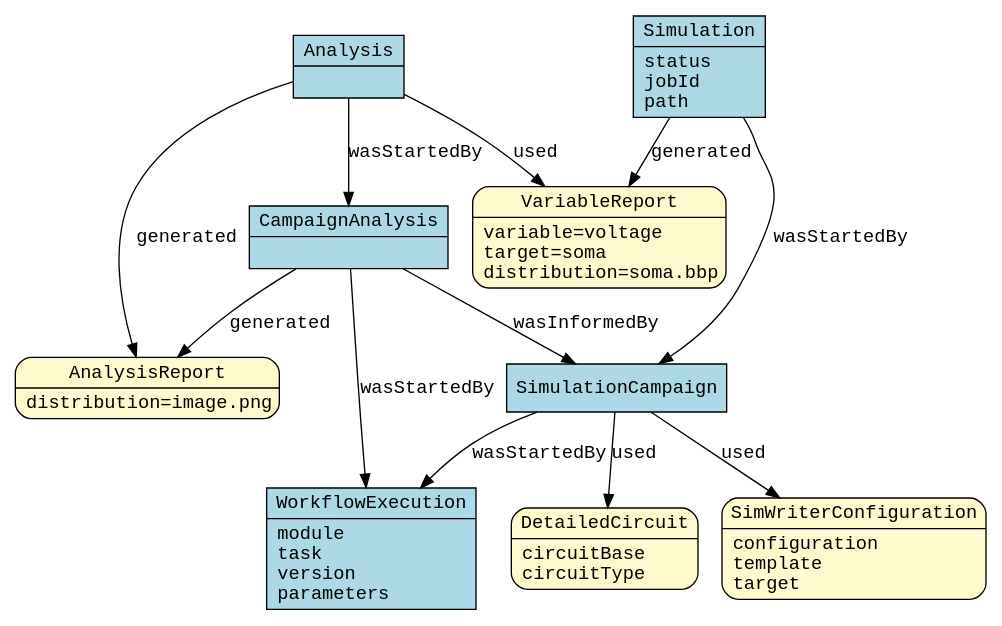
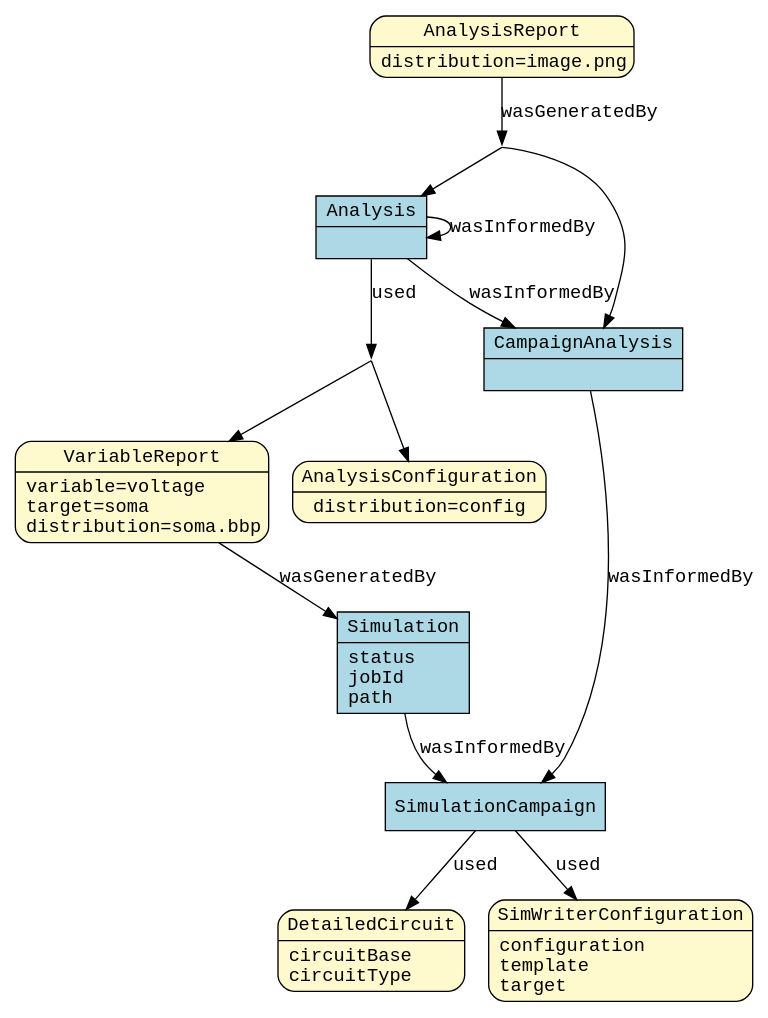
The third of 3 diagrams in doc/source/prov_patterns.rst (BlueBrain/entity-management), drawn with Graphviz before and after one commit. The commit also changed other lines of this file and 7 other files, not shown here.

Commit message:
add simulation analysis configuration, improve prov patterns(influencedBy)

```diff
--- a/doc/source/prov_patterns.rst
+++ b/doc/source/prov_patterns.rst
@@ -7,71 +70,75 @@
 .. graphviz::
 
     digraph SimulationCampaignAnalysis {
         graph [fontname = "Liberation Mono"];
         node [fontname = "Liberation Mono"];
         edge [fontname = "Liberation Mono"];
         VariableReport [
             shape = Mrecord style = filled fillcolor = lemonchiffon
             label = "{VariableReport|variable=voltage\ltarget=soma\ldistribution=soma.bbp\l}"
             href = "../generated/entity_management.simulation.html#entity_management.simulation.VariableReport"
+            target = "_top"
+        ]
+        AnalysisConfiguration [
+            shape = Mrecord style = filled fillcolor = lemonchiffon
+            label = "{AnalysisConfiguration|distribution=config}"
+            href = "../generated/entity_management.simulation.html#entity_management.simulation.AnalysisConfiguration"
             target = "_top"
         ]
         DetailedCircuit [
             shape = Mrecord style = filled fillcolor = lemonchiffon
             label = "{DetailedCircuit|circuitBase\lcircuitType\l}"
             href = "../generated/entity_management.simulation.html#entity_management.simulation.DetailedCircuit"
             target = "_top"
         ]
         Simulation [
             shape = record style = filled fillcolor = lightblue
             label = "{Simulation|status\ljobId\lpath\l}"
             href = "../generated/entity_management.simulation.html#entity_management.simulation.Simulation"
             target = "_top"
         ]
         SimulationCampaign [
             shape = record style = filled fillcolor = lightblue
             href = "../generated/entity_management.simulation.html#entity_management.simulation.SimulationCampaign"
             target = "_top"
         ]
         SimWriterConfiguration [
             shape = Mrecord style = filled fillcolor = lemonchiffon
             label = "{SimWriterConfiguration|configuration\ltemplate\ltarget\l}"
             href = "../generated/entity_management.simulation.html#entity_management.simulation.SimWriterConfiguration"
             target = "_top"
         ]
         Analysis [
             shape = record style = filled fillcolor = lightblue
             label = "{Analysis| \l}"
             href = "../generated/entity_management.simulation.html#entity_management.simulation.Analysis"
             target = "_top"
         ]
         AnalysisReport [
             shape = Mrecord style = filled fillcolor = lemonchiffon
             label = "{AnalysisReport|distribution=image.png\l}"
             href = "../generated/entity_management.simulation.html#entity_management.simulation.AnalysisReport"
             target = "_top"
         ]
         CampaignAnalysis [
             shape = record style = filled fillcolor = lightblue
             label = "{CampaignAnalysis| \l}"
             href = "../generated/entity_management.simulation.html#entity_management.simulation.CampaignAnalysis"
             target = "_top"
         ]
-        WorkflowExecution [
-            shape = record style = filled fillcolor = lightblue
-            label = "{WorkflowExecution|module\ltask\lversion\lparameters\l}"
-            href = "../generated/entity_management.core.html#entity_management.core.WorkflowExecution"
-            target = "_top"
-        ]
-        Simulation -> SimulationCampaign [label = "wasStartedBy"];
-        Simulation -> VariableReport [label = "generated"];
+        i1 [ shape=point; width=0 ];
+        i2 [ shape=point; width=0 ];
+        AnalysisReport -> i1 [label = "wasGeneratedBy"];
+        i1 -> Analysis;
+        i1 -> CampaignAnalysis;
+        VariableReport -> Simulation [label = "wasGeneratedBy"];
+        Simulation -> SimulationCampaign [label = "wasInformedBy"];
         SimulationCampaign -> DetailedCircuit [label = "used"];
         SimulationCampaign -> SimWriterConfiguration [label = "used"];
-        Analysis -> VariableReport [label = "used"];
-        Analysis -> AnalysisReport [label = "generated"];
-        Analysis -> CampaignAnalysis [label = "wasStartedBy"];
+        Analysis -> i2 [label = "used"];
+        i2 -> VariableReport;
+        i2 -> AnalysisConfiguration;
+        Analysis -> Analysis [label = "wasInformedBy"];
+        Analysis -> CampaignAnalysis [label = "wasInformedBy"];
         CampaignAnalysis -> SimulationCampaign [label = "wasInformedBy"];
-        CampaignAnalysis -> AnalysisReport [label = "generated"];
-        CampaignAnalysis -> WorkflowExecution [label = "wasStartedBy"];
-        SimulationCampaign -> WorkflowExecution [label = "wasStartedBy"];
     }
```
